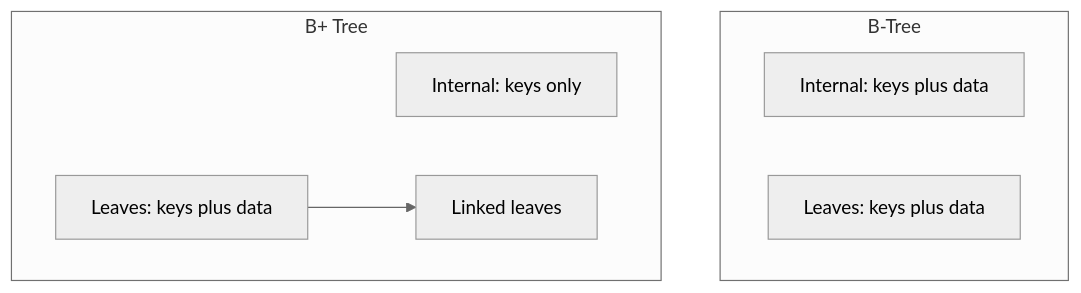
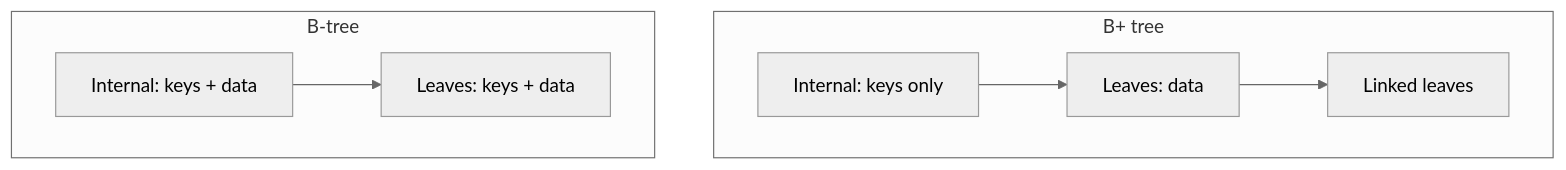
The third of 24 diagrams in 02-databases/README.md (hareramcse/SystemDesign), drawn with Mermaid (neutral theme) before and after one commit. The commit also changed other lines of this file and 14 other files, not shown here.

````diff
--- a/02-databases/README.md
+++ b/02-databases/README.md
@@ -1058,12 +397,13 @@
 ```mermaid
-flowchart TB
-  subgraph btree [B-Tree]
-    BI[Internal: keys plus data]
-    BL[Leaves: keys plus data]
-  end
-  subgraph bplus [B+ Tree]
-    PI[Internal: keys only]
-    PL[Leaves: keys plus data]
-    PL --> PL2[Linked leaves]
-  end
+flowchart LR
+    subgraph BTree["B-tree"]
+        direction LR
+        BI[Internal: keys + data] --> BL[Leaves: keys + data]
+    end
+    subgraph BPlus["B+ tree"]
+        direction LR
+        PI[Internal: keys only] --> PL[Leaves: data]
+        PL --> PL2[Linked leaves]
+    end
+    BTree ~~~ BPlus
 ```
````
